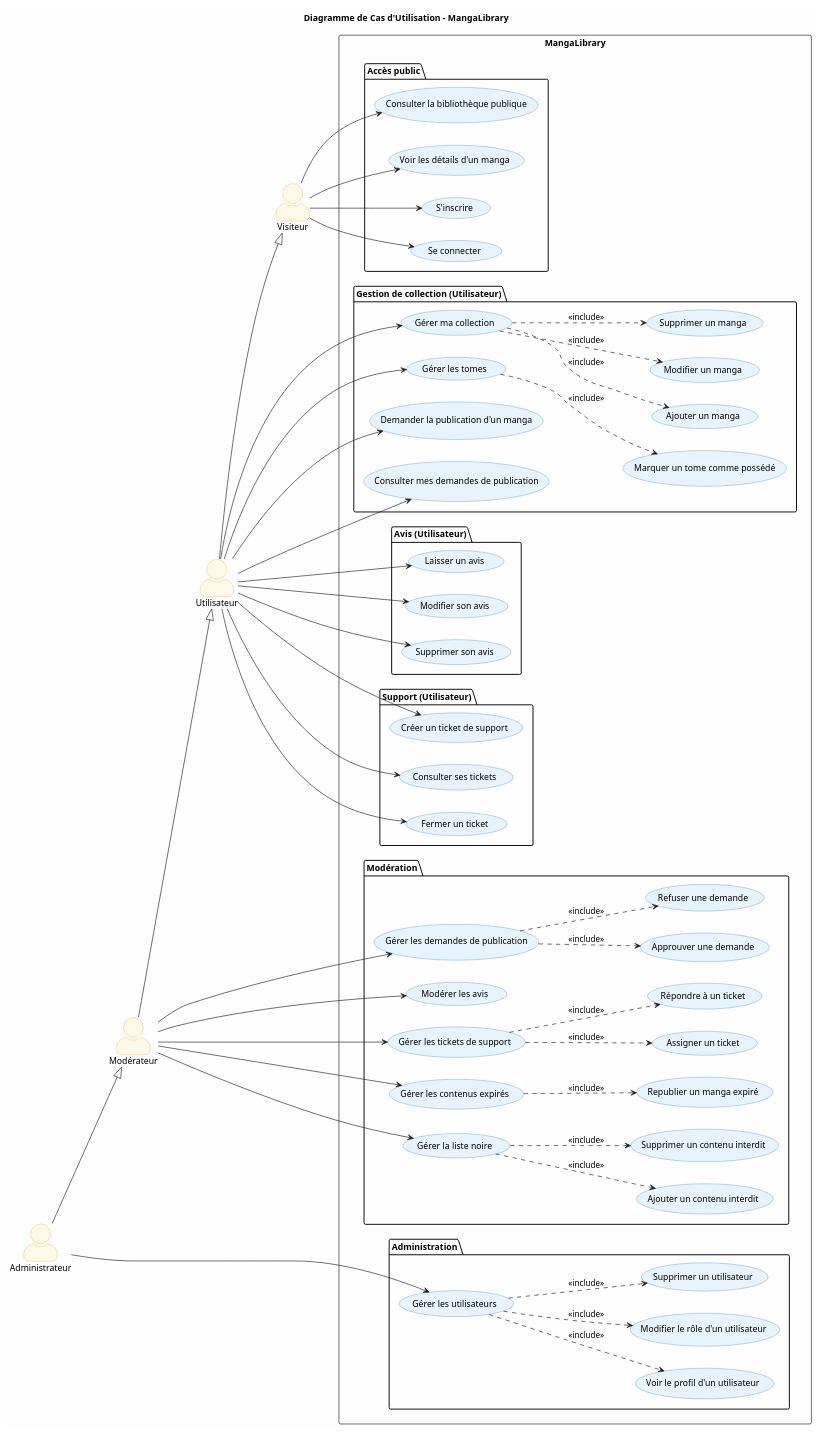
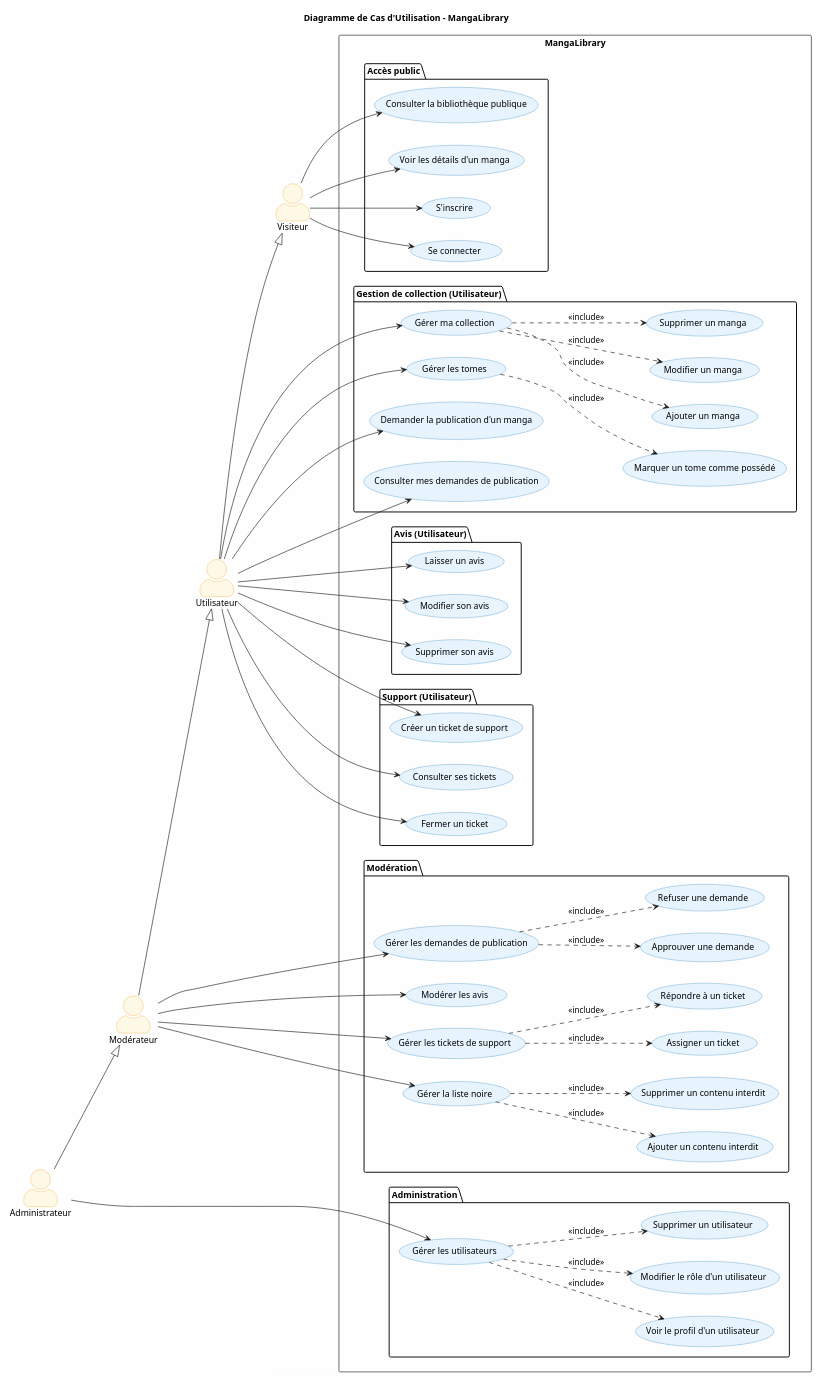
The diagram in docs/uml/diagramme_cas_utilisation.puml (JB-NBT/manga), drawn with PlantUML before and after one commit. The commit also changed 3 other files, not shown here.

Commit message:
feat: ajout diagrammes séquence UC2/UC3/UC4 + fix UC copyright

```diff
--- a/docs/uml/diagramme_cas_utilisation.puml
+++ b/docs/uml/diagramme_cas_utilisation.puml
@@ -1,143 +1,139 @@
 @startuml Diagramme_Cas_Utilisation_MangaLibrary
 title Diagramme de Cas d'Utilisation - MangaLibrary
 
 skinparam actorStyle awesome
 skinparam backgroundColor #FEFEFE
 skinparam usecase {
     BackgroundColor #E8F4FD
     BorderColor #2980B9
 }
 skinparam actor {
     BackgroundColor #FEF9E7
     BorderColor #F39C12
 }
 
 left to right direction
 
 ' ===========================
 ' ACTEURS
 ' ===========================
 actor "Visiteur" as V
 actor "Utilisateur" as U
 actor "Modérateur" as M
 actor "Administrateur" as A
 
 U --|> V
 M --|> U
 A --|> M
 
 ' ===========================
 ' SYSTÈME
 ' ===========================
 rectangle "MangaLibrary" {
 
     ' --- ACCÈS PUBLIC ---
     package "Accès public" {
         usecase "Consulter la bibliothèque publique" as UC1
         usecase "Voir les détails d'un manga" as UC2
         usecase "S'inscrire" as UC3
         usecase "Se connecter" as UC4
     }
 
     ' --- COLLECTION PERSONNELLE ---
     package "Gestion de collection (Utilisateur)" {
         usecase "Gérer ma collection" as UC5
         usecase "Ajouter un manga" as UC6
         usecase "Modifier un manga" as UC7
         usecase "Supprimer un manga" as UC8
         usecase "Gérer les tomes" as UC9
         usecase "Marquer un tome comme possédé" as UC10
         usecase "Demander la publication d'un manga" as UC11
         usecase "Consulter mes demandes de publication" as UC12
     }
 
     ' --- AVIS ---
     package "Avis (Utilisateur)" {
         usecase "Laisser un avis" as UC13
         usecase "Modifier son avis" as UC14
         usecase "Supprimer son avis" as UC15
     }
 
     ' --- TICKETS ---
     package "Support (Utilisateur)" {
         usecase "Créer un ticket de support" as UC16
         usecase "Consulter ses tickets" as UC17
         usecase "Fermer un ticket" as UC18
     }
 
     ' --- MODÉRATION ---
     package "Modération" {
         usecase "Gérer les demandes de publication" as UC19
         usecase "Approuver une demande" as UC20
         usecase "Refuser une demande" as UC21
         usecase "Modérer les avis" as UC22
         usecase "Gérer les tickets de support" as UC23
         usecase "Assigner un ticket" as UC24
         usecase "Répondre à un ticket" as UC25
-        usecase "Gérer les contenus expirés" as UC26
-        usecase "Republier un manga expiré" as UC27
         usecase "Gérer la liste noire" as UC28
         usecase "Ajouter un contenu interdit" as UC29
         usecase "Supprimer un contenu interdit" as UC30
     }
 
     ' --- ADMINISTRATION ---
     package "Administration" {
         usecase "Gérer les utilisateurs" as UC31
         usecase "Voir le profil d'un utilisateur" as UC32
         usecase "Modifier le rôle d'un utilisateur" as UC33
         usecase "Supprimer un utilisateur" as UC34
     }
 }
 
 ' ===========================
 ' ASSOCIATIONS VISITEUR
 ' ===========================
 V --> UC1
 V --> UC2
 V --> UC3
 V --> UC4
 
 ' ===========================
 ' ASSOCIATIONS UTILISATEUR
 ' ===========================
 U --> UC5
 UC5 ..> UC6 : <<include>>
 UC5 ..> UC7 : <<include>>
 UC5 ..> UC8 : <<include>>
 U --> UC9
 UC9 ..> UC10 : <<include>>
 U --> UC11
 U --> UC12
 U --> UC13
 U --> UC14
 U --> UC15
 U --> UC16
 U --> UC17
 U --> UC18
 
 ' ===========================
 ' ASSOCIATIONS MODÉRATEUR
 ' ===========================
 M --> UC19
 UC19 ..> UC20 : <<include>>
 UC19 ..> UC21 : <<include>>
 M --> UC22
 M --> UC23
 UC23 ..> UC24 : <<include>>
 UC23 ..> UC25 : <<include>>
-M --> UC26
-UC26 ..> UC27 : <<include>>
 M --> UC28
 UC28 ..> UC29 : <<include>>
 UC28 ..> UC30 : <<include>>
 
 ' ===========================
 ' ASSOCIATIONS ADMINISTRATEUR
 ' ===========================
 A --> UC31
 UC31 ..> UC32 : <<include>>
 UC31 ..> UC33 : <<include>>
 UC31 ..> UC34 : <<include>>
 
 @enduml
```
